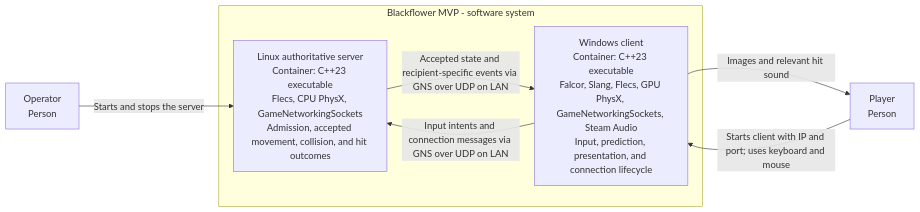
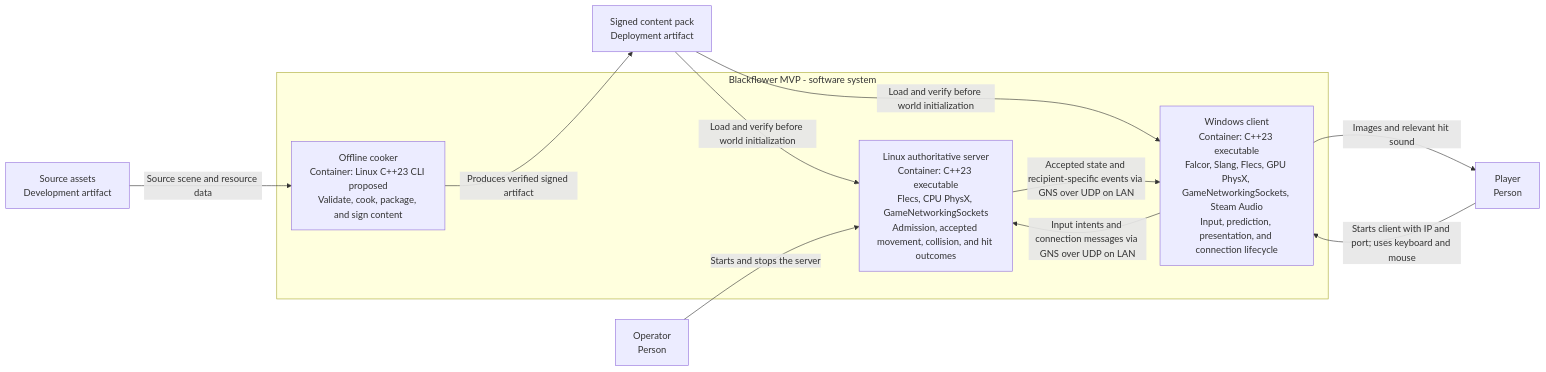
One commit to sergioffpc/blackflower changed the second of 5 diagrams in docs/c4.md. Above: the diagram before and after it, drawn with Mermaid. The commit also changed other lines of this file and 7 other files, not shown here.

Commit message:
docs: define offline cooker and signed content packs

````diff
--- a/docs/c4.md
+++ b/docs/c4.md
@@ -27,14 +27,21 @@
 ```mermaid
 flowchart LR
     operator["Operator<br/>Person"]
     player["Player<br/>Person"]
+    source["Source assets<br/>Development artifact"]
+    pack["Signed content pack<br/>Deployment artifact"]
     subgraph blackflower["Blackflower MVP - software system"]
+        cooker["Offline cooker<br/>Container: Linux C++23 CLI proposed<br/>Validate, cook, package, and sign content"]
         client["Windows client<br/>Container: C++23 executable<br/>Falcor, Slang, Flecs, GPU PhysX, GameNetworkingSockets, Steam Audio<br/>Input, prediction, presentation, and connection lifecycle"]
         server["Linux authoritative server<br/>Container: C++23 executable<br/>Flecs, CPU PhysX, GameNetworkingSockets<br/>Admission, accepted movement, collision, and hit outcomes"]
     end
+    source -->|Source scene and resource data| cooker
+    cooker -->|Produces verified signed artifact| pack
+    pack -->|Load and verify before world initialization| server
+    pack -->|Load and verify before world initialization| client
     operator -->|Starts and stops the server| server
     player -->|Starts client with IP and port; uses keyboard and mouse| client
     client -->|Input intents and connection messages via GNS over UDP on LAN| server
     server -->|Accepted state and recipient-specific events via GNS over UDP on LAN| client
     client -->|Images and relevant hit sound| player
 ```
````
